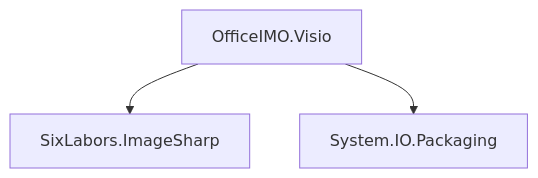
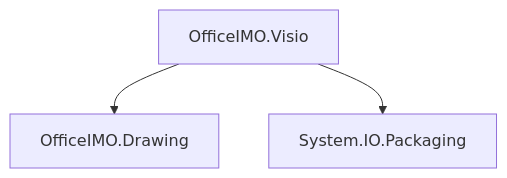
The fifth of 5 diagrams in README.md (EvotecIT/OfficeIMO), drawn with Mermaid before and after one commit. The commit also changed other lines of this file and 257 other files, not shown here.

First line of the commit message:
Add shared OfficeIMO drawing layer (#1783)

````diff
--- a/README.md
+++ b/README.md
@@ -196,9 +201,9 @@
 ```mermaid
 flowchart TD
   Vsdx["OfficeIMO.Visio"]
-  ImgSharp["SixLabors.ImageSharp"]
+  Drawing["OfficeIMO.Drawing"]
   Pkg["System.IO.Packaging"]
 
-  Vsdx --> ImgSharp
+  Vsdx --> Drawing
   Vsdx --> Pkg
 ```
````
